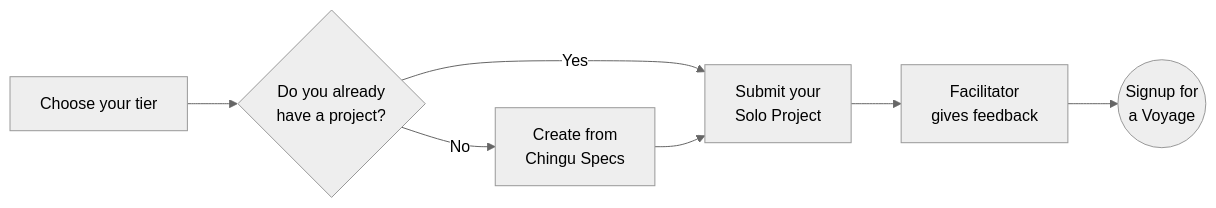
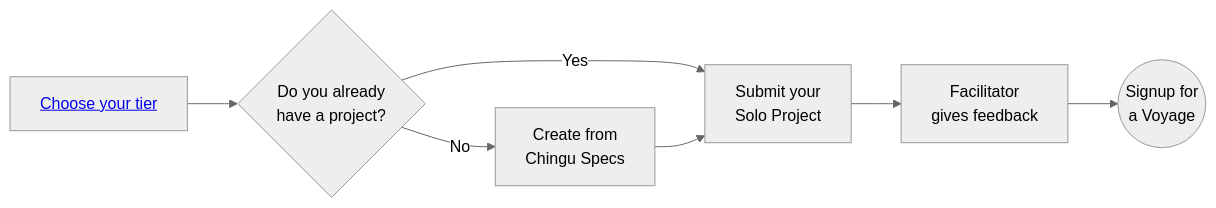
Before and after one commit to chingu-voyages/Handbook: the diagram in docs/guides/soloproject/soloproject.md, drawn with Mermaid (neutral theme).

Commit message:
Refactor: Test link from Mermaid diagram

````diff
--- a/docs/guides/soloproject/soloproject.md
+++ b/docs/guides/soloproject/soloproject.md
@@ -15,9 +15,9 @@
 ```mermaid
 graph LR
-    A[Choose your tier] --> B{Do you already\nhave a project?}
+    A[<a href='#1-choose-your-tier'>Choose your tier</a>] --> B{Do you already\nhave a project?}
     B -- Yes --> C[Submit your\nSolo Project]
     B -- No --> D[Create from\nChingu Specs]
     D --> C
     C --> E[Facilitator\ngives feedback]
     E --> F((Signup for\na Voyage))
 ```
````
